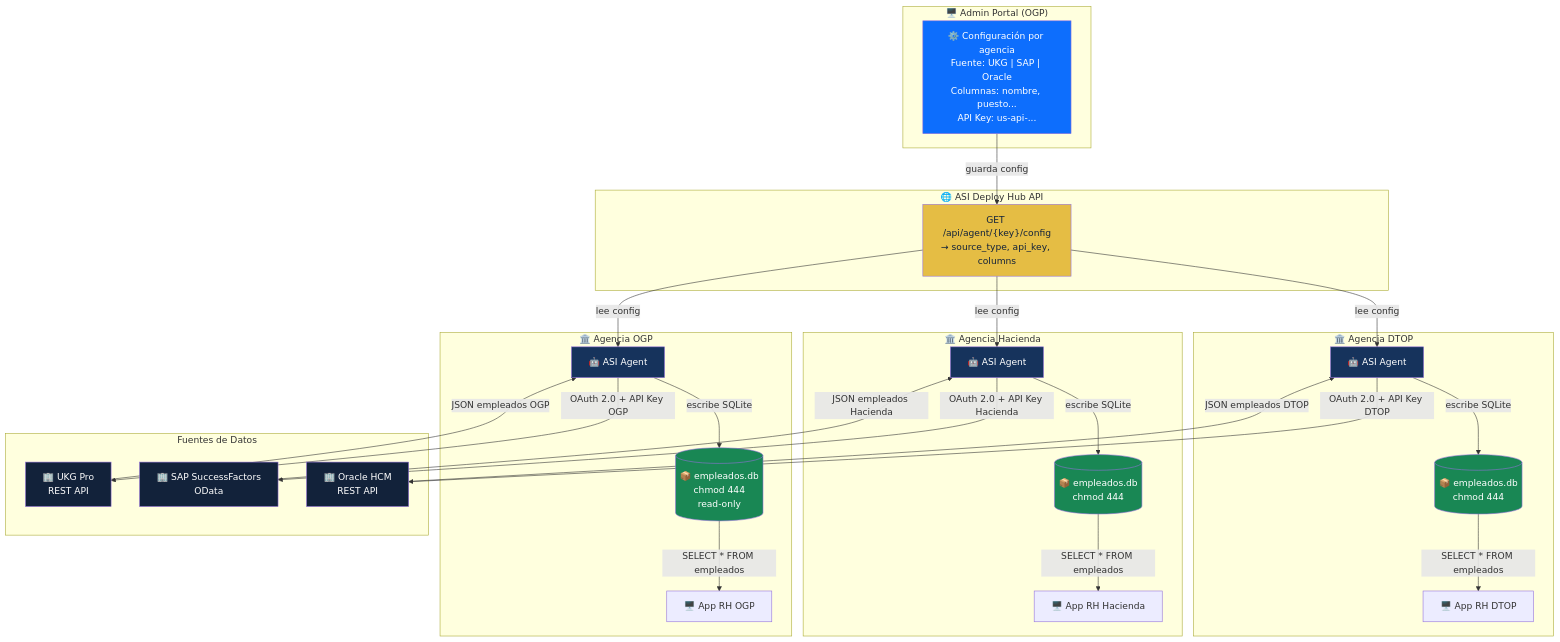
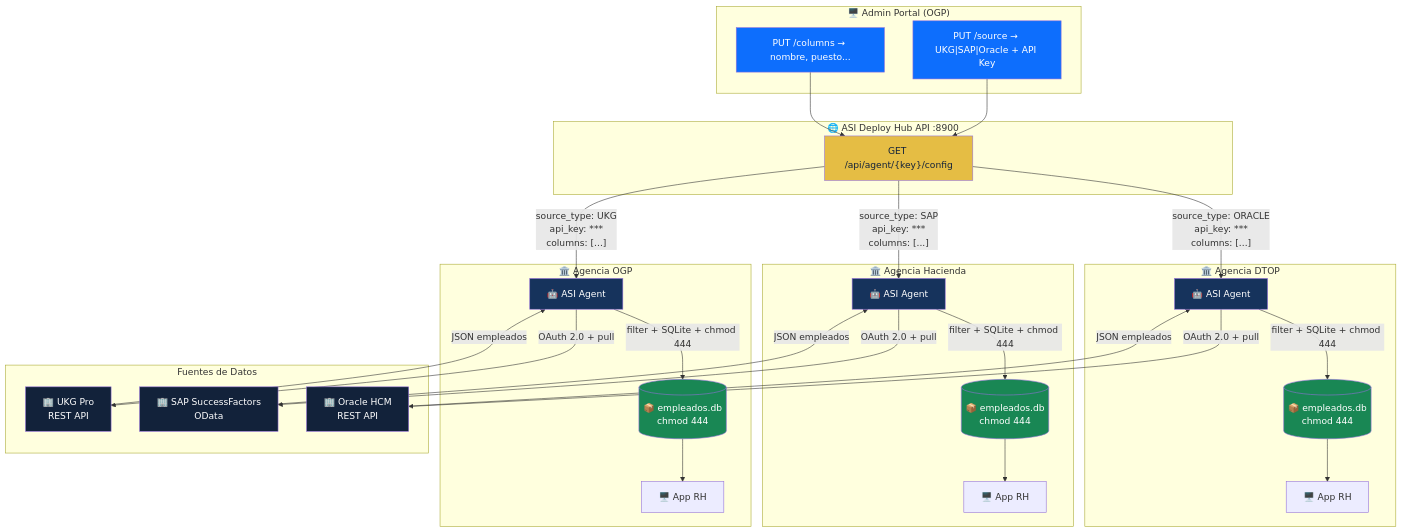
The first of 8 diagrams in docs/ARCHITECTURE_MERMAID.md (jcollazo/asi-deploy-hub), drawn with Mermaid before and after one commit. The commit also changed other lines of this file, not shown here.

First line of the commit message:
docs: diagrams actualizados — Agent pull directo + Portal endpoints

````diff
--- a/docs/ARCHITECTURE_MERMAID.md
+++ b/docs/ARCHITECTURE_MERMAID.md
@@ -7,67 +7,70 @@
 ```mermaid
 graph TB
     subgraph Portal["🖥️ Admin Portal (OGP)"]
-        CFG["⚙️ Configuración por agencia<br/>Fuente: UKG | SAP | Oracle<br/>Columnas: nombre, puesto...<br/>API Key: us-api-..."]
+        SRC["PUT /source → UKG|SAP|Oracle + API Key"]
+        COL["PUT /columns → nombre, puesto..."]
     end
 
-    subgraph Hub["🌐 ASI Deploy Hub API"]
-        CONFIG["GET /api/agent/{key}/config<br/>→ source_type, api_key, columns"]
+    subgraph Hub["🌐 ASI Deploy Hub API :8900"]
+        CONFIG["GET /api/agent/{key}/config"]
     end
 
     subgraph Agencia1["🏛️ Agencia OGP"]
         AG1["🤖 ASI Agent"]
-        SQL1[("📦 empleados.db<br/>chmod 444<br/>read-only")]
-        APP1["🖥️ App RH OGP"]
+        SQL1[("📦 empleados.db<br/>chmod 444")]
+        APP1["🖥️ App RH"]
     end
 
     subgraph Agencia2["🏛️ Agencia Hacienda"]
         AG2["🤖 ASI Agent"]
         SQL2[("📦 empleados.db<br/>chmod 444")]
-        APP2["🖥️ App RH Hacienda"]
+        APP2["🖥️ App RH"]
     end
 
     subgraph Agencia3["🏛️ Agencia DTOP"]
         AG3["🤖 ASI Agent"]
         SQL3[("📦 empleados.db<br/>chmod 444")]
-        APP3["🖥️ App RH DTOP"]
+        APP3["🖥️ App RH"]
     end
 
     subgraph Sources["Fuentes de Datos"]
         UKG["🏢 UKG Pro<br/>REST API"]
         SAP["🏢 SAP SuccessFactors<br/>OData"]
         ORACLE["🏢 Oracle HCM<br/>REST API"]
     end
 
-    CFG -->|"guarda config"| CONFIG
-    CONFIG -->|"lee config"| AG1
-    CONFIG -->|"lee config"| AG2
-    CONFIG -->|"lee config"| AG3
+    SRC --> CONFIG
+    COL --> CONFIG
+    CONFIG -->|"source_type: UKG<br/>api_key: ***<br/>columns: [...]"| AG1
+    CONFIG -->|"source_type: SAP<br/>api_key: ***<br/>columns: [...]"| AG2
+    CONFIG -->|"source_type: ORACLE<br/>api_key: ***<br/>columns: [...]"| AG3
 
-    AG1 -->|"OAuth 2.0 + API Key OGP"| UKG
-    AG2 -->|"OAuth 2.0 + API Key Hacienda"| SAP
-    AG3 -->|"OAuth 2.0 + API Key DTOP"| ORACLE
+    AG1 -->|"OAuth 2.0 + pull"| UKG
+    AG2 -->|"OAuth 2.0 + pull"| SAP
+    AG3 -->|"OAuth 2.0 + pull"| ORACLE
 
-    UKG -->|"JSON empleados OGP"| AG1
-    SAP -->|"JSON empleados Hacienda"| AG2
-    ORACLE -->|"JSON empleados DTOP"| AG3
+    UKG -->|"JSON empleados"| AG1
+    SAP -->|"JSON empleados"| AG2
+    ORACLE -->|"JSON empleados"| AG3
 
-    AG1 -->|"escribe SQLite"| SQL1
-    AG2 -->|"escribe SQLite"| SQL2
-    AG3 -->|"escribe SQLite"| SQL3
+    AG1 -->|"filter + SQLite + chmod 444"| SQL1
+    AG2 -->|"filter + SQLite + chmod 444"| SQL2
+    AG3 -->|"filter + SQLite + chmod 444"| SQL3
 
-    SQL1 -->|"SELECT * FROM empleados"| APP1
-    SQL2 -->|"SELECT * FROM empleados"| APP2
-    SQL3 -->|"SELECT * FROM empleados"| APP3
+    SQL1 --> APP1
+    SQL2 --> APP2
+    SQL3 --> APP3
 
-    style CFG fill:#0D6EFD,color:#fff
+    style SRC fill:#0D6EFD,color:#fff
+    style COL fill:#0D6EFD,color:#fff
     style CONFIG fill:#E5BD44,color:#12223A
     style UKG fill:#12223A,color:#fff
     style SAP fill:#12223A,color:#fff
     style ORACLE fill:#12223A,color:#fff
     style AG1 fill:#16335C,color:#fff
     style AG2 fill:#16335C,color:#fff
     style AG3 fill:#16335C,color:#fff
     style SQL1 fill:#198754,color:#fff
     style SQL2 fill:#198754,color:#fff
     style SQL3 fill:#198754,color:#fff
 ```
````
